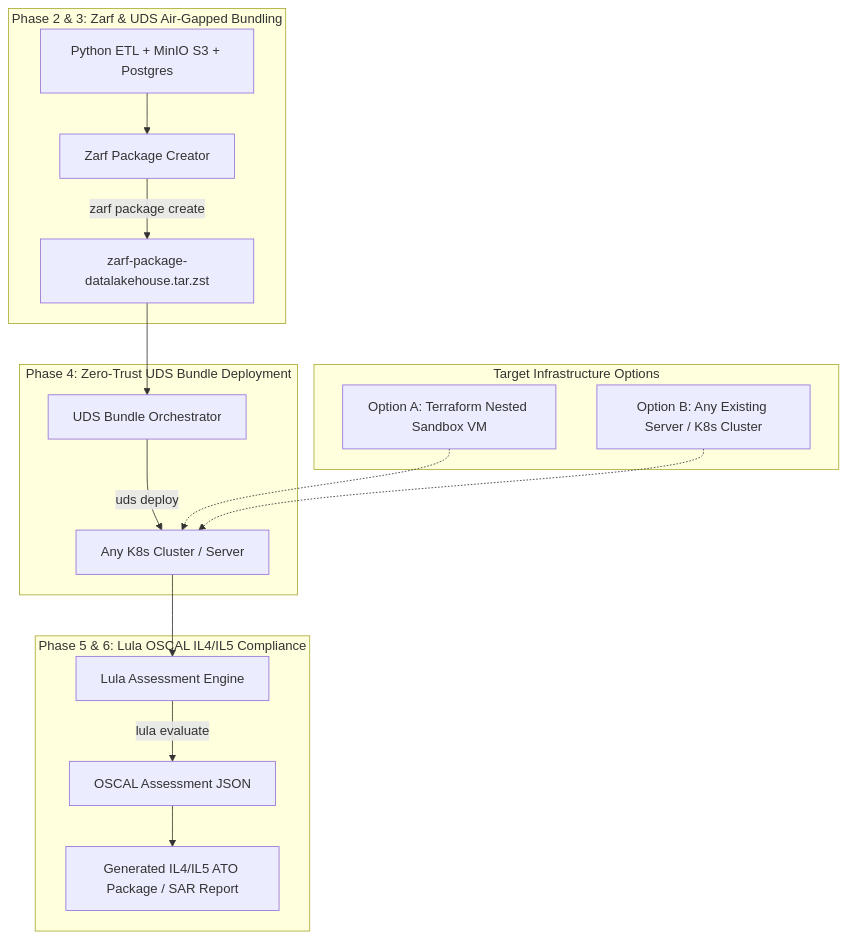
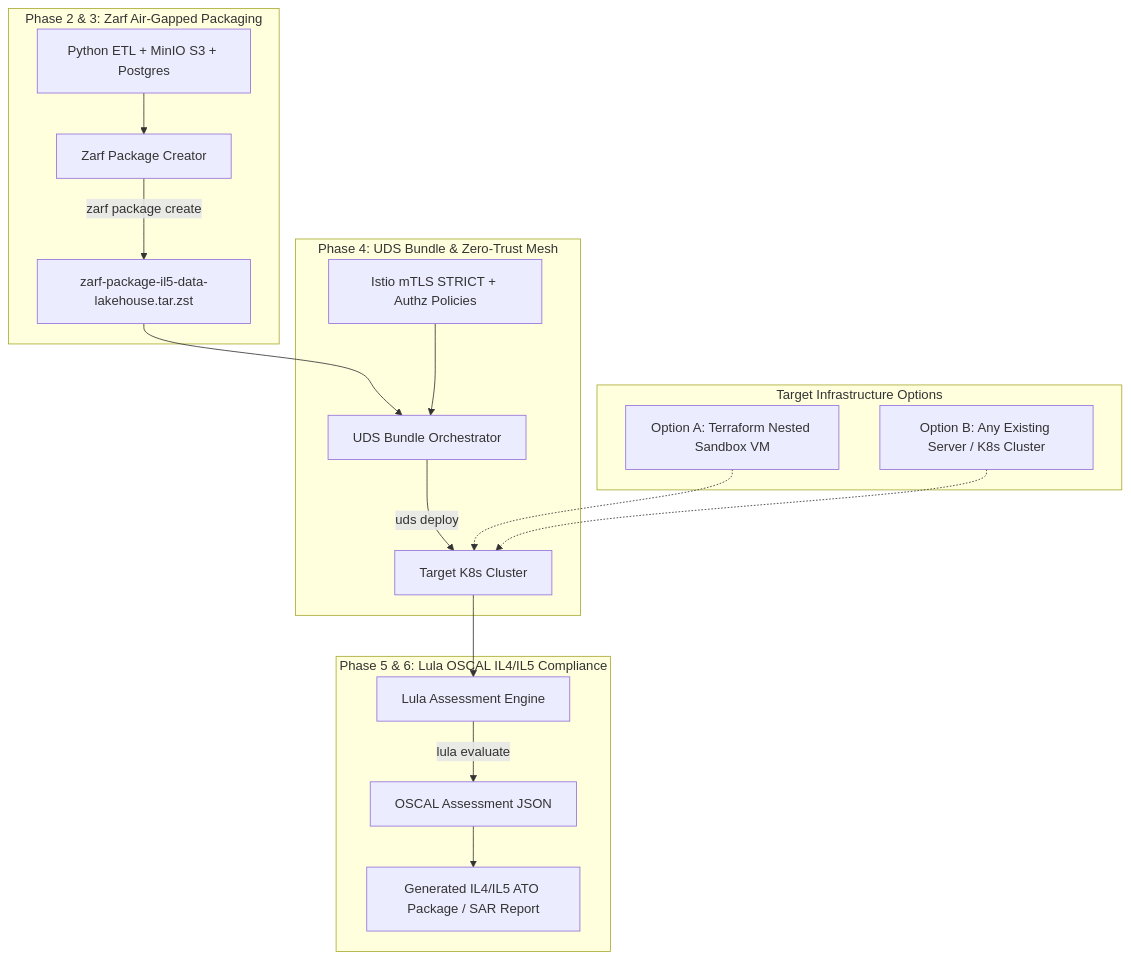
The diagram in README.md (celttechie/zarf-uds-lula-datalakehouse), drawn with Mermaid before and after one commit. The commit also changed other lines of this file and 12 other files, not shown here.

Commit message:
feat(phase-4): implement UDS bundle orchestration and Istio mTLS service mesh deployment

````diff
--- a/README.md
+++ b/README.md
@@ -13,25 +13,26 @@
 ```mermaid
 flowchart TD
     subgraph TargetEnv ["Target Infrastructure Options"]
         OPT_A[Option A: Terraform Nested Sandbox VM]
         OPT_B[Option B: Any Existing Server / K8s Cluster]
     end
 
-    subgraph Packaging ["Phase 2 & 3: Zarf & UDS Air-Gapped Bundling"]
+    subgraph Packaging ["Phase 2 & 3: Zarf Air-Gapped Packaging"]
         APP[Python ETL + MinIO S3 + Postgres] --> ZARF[Zarf Package Creator]
-        ZARF -->|zarf package create| TAR[zarf-package-datalakehouse.tar.zst]
+        ZARF -->|zarf package create| TAR[zarf-package-il5-data-lakehouse.tar.zst]
     end
 
-    subgraph Deployment ["Phase 4: Zero-Trust UDS Bundle Deployment"]
+    subgraph Orchestration ["Phase 4: UDS Bundle & Zero-Trust Mesh"]
         TAR --> UDS[UDS Bundle Orchestrator]
-        UDS -->|uds deploy| K3S[Any K8s Cluster / Server]
+        MESH[Istio mTLS STRICT + Authz Policies] --> UDS
+        UDS -->|uds deploy| K3S[Target K8s Cluster]
         OPT_A -.-> K3S
         OPT_B -.-> K3S
     end
 
     subgraph Accreditation ["Phase 5 & 6: Lula OSCAL IL4/IL5 Compliance"]
         K3S --> LULA[Lula Assessment Engine]
         LULA -->|lula evaluate| OSCAL[OSCAL Assessment JSON]
         OSCAL --> REPORT[Generated IL4/IL5 ATO Package / SAR Report]
     end
 ```
````
